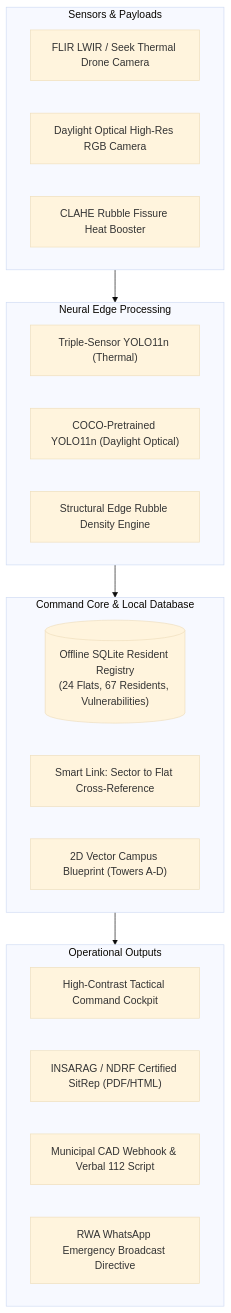
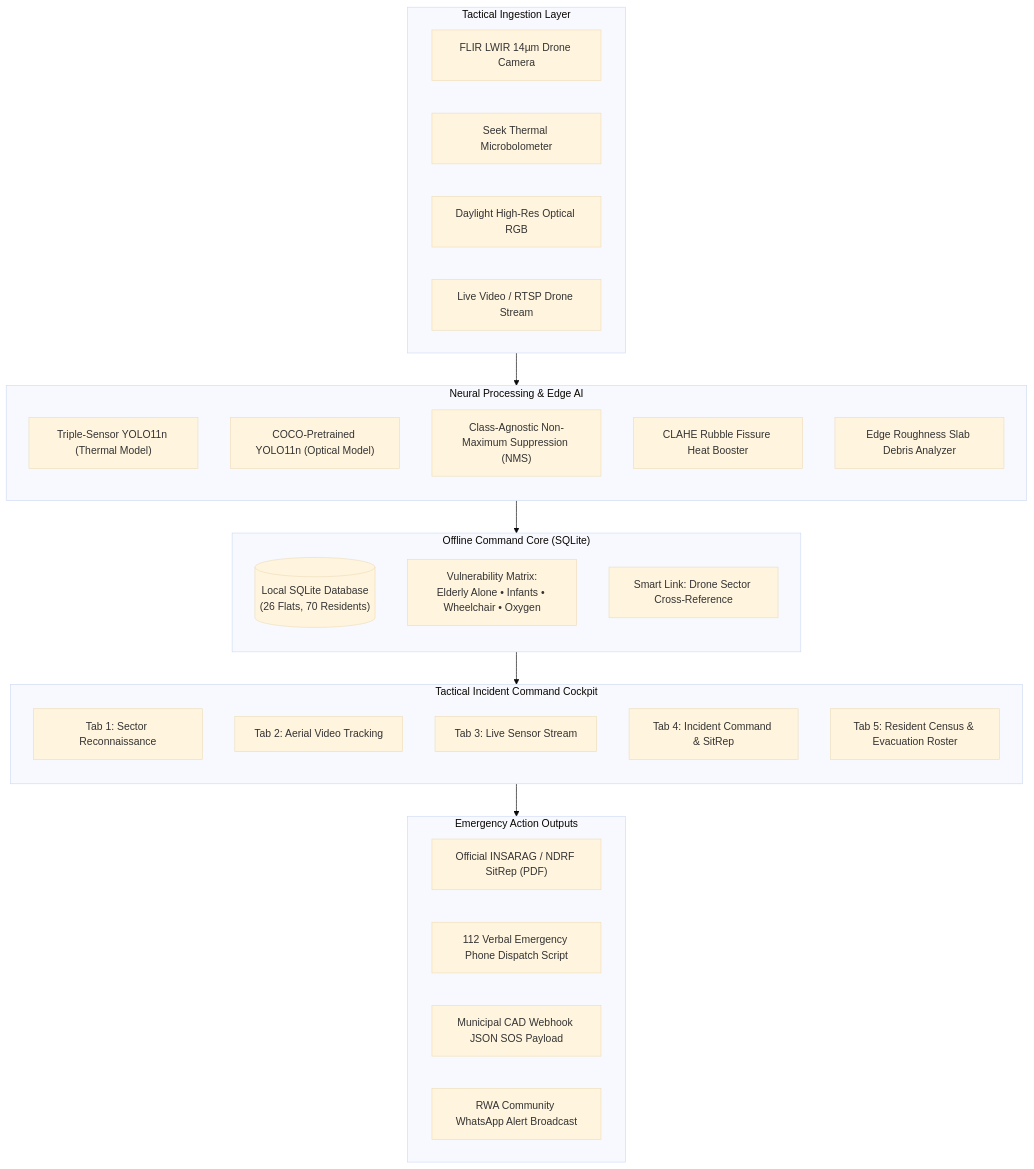
The diagram in README.md (ipratikraj/USAR-AI-Disaster-Response-System), drawn with Mermaid (base theme) before and after one commit. The commit also changed other lines of this file and 1 other file, not shown here.

Commit message:
docs: create comprehensive, submission-ready README with architecture diagram, module breakdown, benchmark metrics, and quickstart guide

````diff
--- a/README.md
+++ b/README.md
@@ -52,31 +39,46 @@
 ```mermaid
 flowchart TD
-    subgraph Sensors ["Sensors & Payloads"]
-        S1["FLIR LWIR / Seek Thermal Drone Camera"]
-        S2["Daylight Optical High-Res RGB Camera"]
-        S3["CLAHE Rubble Fissure Heat Booster"]
+    subgraph Sensors ["Tactical Ingestion Layer"]
+        S1["FLIR LWIR 14µm Drone Camera"]
+        S2["Seek Thermal Microbolometer"]
+        S3["Daylight High-Res Optical RGB"]
+        S4["Live Video / RTSP Drone Stream"]
     end
 
-    subgraph AI ["Neural Edge Processing"]
-        M1["Triple-Sensor YOLO11n (Thermal)"]
-        M2["COCO-Pretrained YOLO11n (Daylight Optical)"]
-        M3["Structural Edge Rubble Density Engine"]
+    subgraph Neural ["Neural Processing & Edge AI"]
+        direction TB
+        N1["Triple-Sensor YOLO11n (Thermal Model)"]
+        N2["COCO-Pretrained YOLO11n (Optical Model)"]
+        N3["Class-Agnostic Non-Maximum Suppression (NMS)"]
+        N4["CLAHE Rubble Fissure Heat Booster"]
+        N5["Edge Roughness Slab Debris Analyzer"]
     end
 
-    subgraph Core ["Command Core & Local Database"]
-        DB[("Offline SQLite Resident Registry<br/>(24 Flats, 67 Residents, Vulnerabilities)")]
-        SL["Smart Link: Sector to Flat Cross-Reference"]
-        GIS["2D Vector Campus Blueprint (Towers A-D)"]
+    subgraph Database ["Offline Command Core (SQLite)"]
+        direction TB
+        DB1[("Local SQLite Database<br/>(26 Flats, 70 Residents)")]
+        DB2["Vulnerability Matrix:<br/>Elderly Alone • Infants • Wheelchair • Oxygen"]
+        DB3["Smart Link: Drone Sector Cross-Reference"]
     end
 
-    subgraph Outputs ["Operational Outputs"]
-        UI["High-Contrast Tactical Command Cockpit"]
-        PDF["INSARAG / NDRF Certified SitRep (PDF/HTML)"]
-        SOS["Municipal CAD Webhook & Verbal 112 Script"]
-        WA["RWA WhatsApp Emergency Broadcast Directive"]
+    subgraph Cockpit ["Tactical Incident Command Cockpit"]
+        direction TB
+        T1["Tab 1: Sector Reconnaissance"]
+        T2["Tab 2: Aerial Video Tracking"]
+        T3["Tab 3: Live Sensor Stream"]
+        T4["Tab 4: Incident Command & SitRep"]
+        T5["Tab 5: Resident Census & Evacuation Roster"]
     end
 
-    Sensors --> AI
-    AI --> Core
-    Core --> Outputs
+    subgraph Outputs ["Emergency Action Outputs"]
+        O1["Official INSARAG / NDRF SitRep (PDF)"]
+        O2["112 Verbal Emergency Phone Dispatch Script"]
+        O3["Municipal CAD Webhook JSON SOS Payload"]
+        O4["RWA Community WhatsApp Alert Broadcast"]
+    end
+
+    Sensors --> Neural
+    Neural --> Database
+    Database --> Cockpit
+    Cockpit --> Outputs
 ```
````
